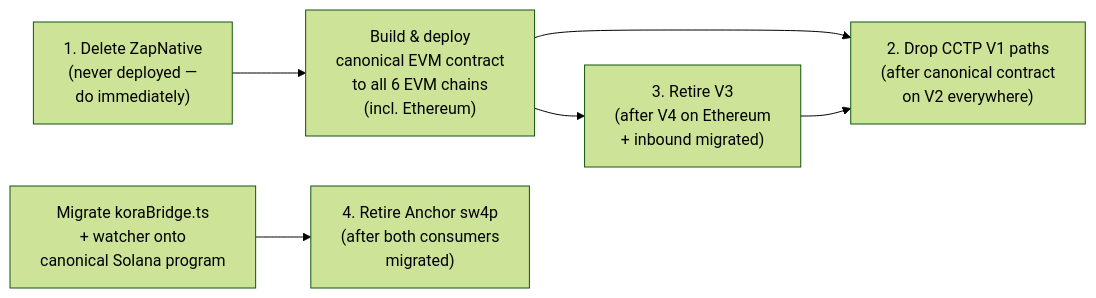
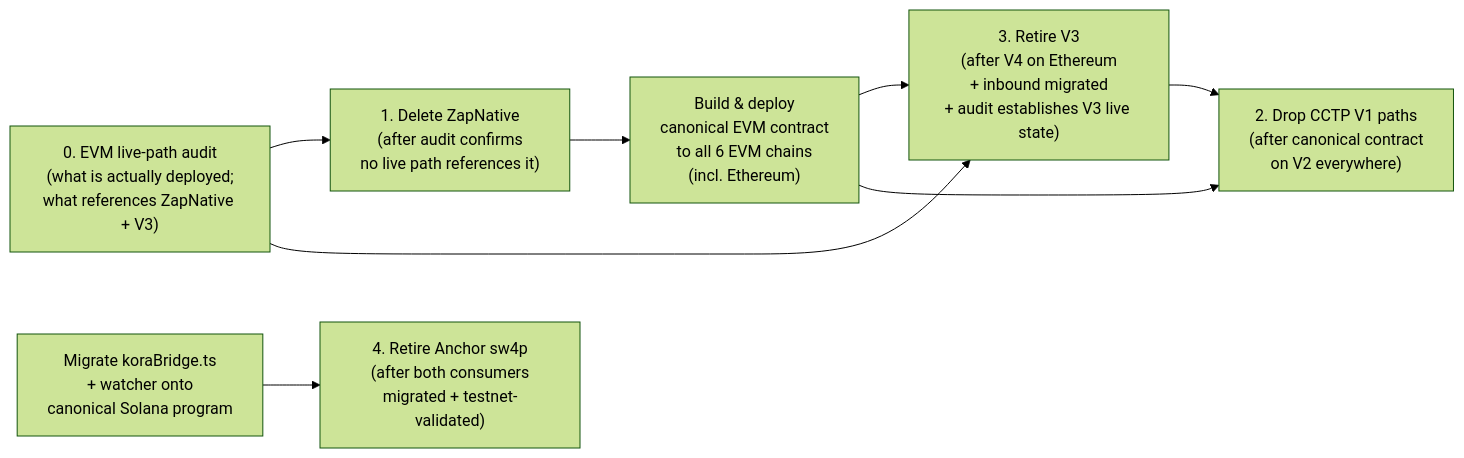
The sixth of 7 diagrams in docs/superpowers/specs/2026-05-14-sw4p-frontier-engine-design.md (Render-Network-OS/docs), drawn with Mermaid (forest theme) before and after one commit. The commit also changed other lines of this file and 5 other files, not shown here.

````diff
--- a/docs/superpowers/specs/2026-05-14-sw4p-frontier-engine-design.md
+++ b/docs/superpowers/specs/2026-05-14-sw4p-frontier-engine-design.md
@@ -744,15 +745,18 @@
 ```mermaid
 graph LR
-    S1["1. Delete ZapNative<br/>(never deployed —<br/>do immediately)"]
+    EVMAUD["0. EVM live-path audit<br/>(what is actually deployed;<br/>what references ZapNative + V3)"]
+    S1["1. Delete ZapNative<br/>(after audit confirms<br/>no live path references it)"]
     M["Build & deploy<br/>canonical EVM contract<br/>to all 6 EVM chains<br/>(incl. Ethereum)"]
-    S3["3. Retire V3<br/>(after V4 on Ethereum<br/>+ inbound migrated)"]
+    S3["3. Retire V3<br/>(after V4 on Ethereum<br/>+ inbound migrated<br/>+ audit establishes V3 live state)"]
     S2["2. Drop CCTP V1 paths<br/>(after canonical contract<br/>on V2 everywhere)"]
     MIG["Migrate koraBridge.ts<br/>+ watcher onto<br/>canonical Solana program"]
-    S4["4. Retire Anchor sw4p<br/>(after both consumers<br/>migrated)"]
+    S4["4. Retire Anchor sw4p<br/>(after both consumers<br/>migrated + testnet-validated)"]
 
+    EVMAUD --> S1
+    EVMAUD --> S3
     S1 --> M
     M --> S3
     M --> S2
     S3 --> S2
     MIG --> S4
 ```
````
